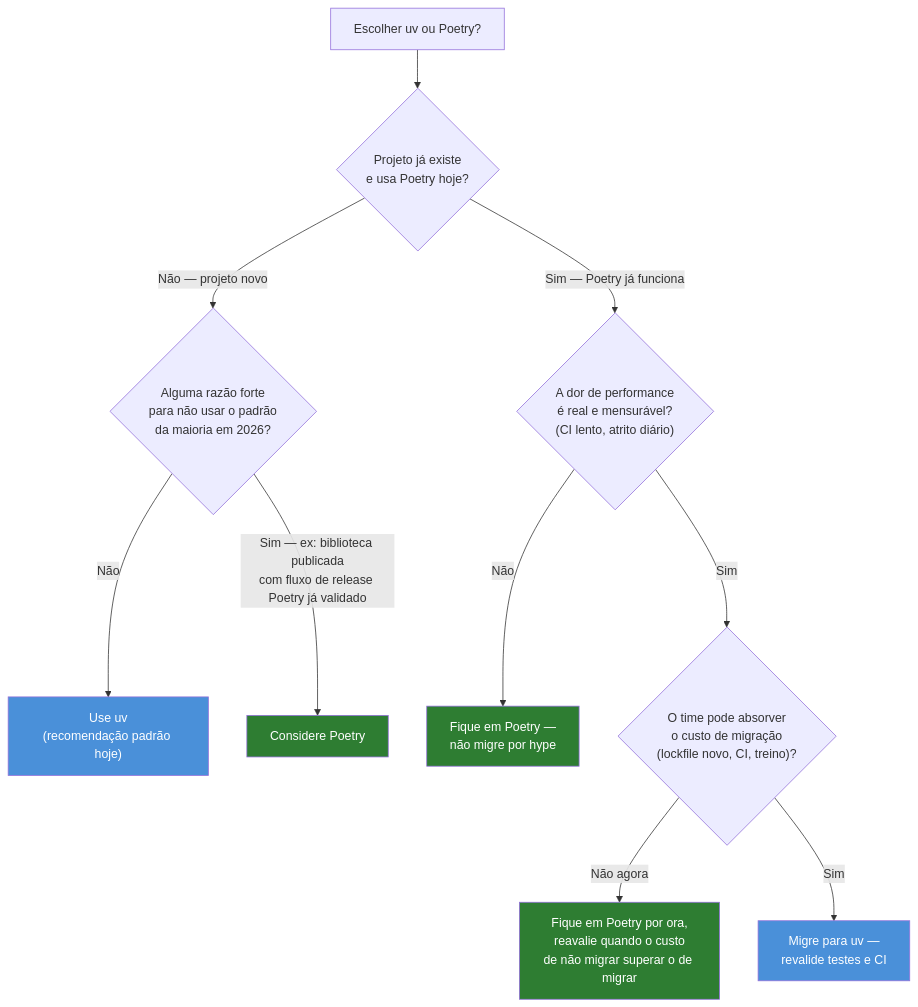
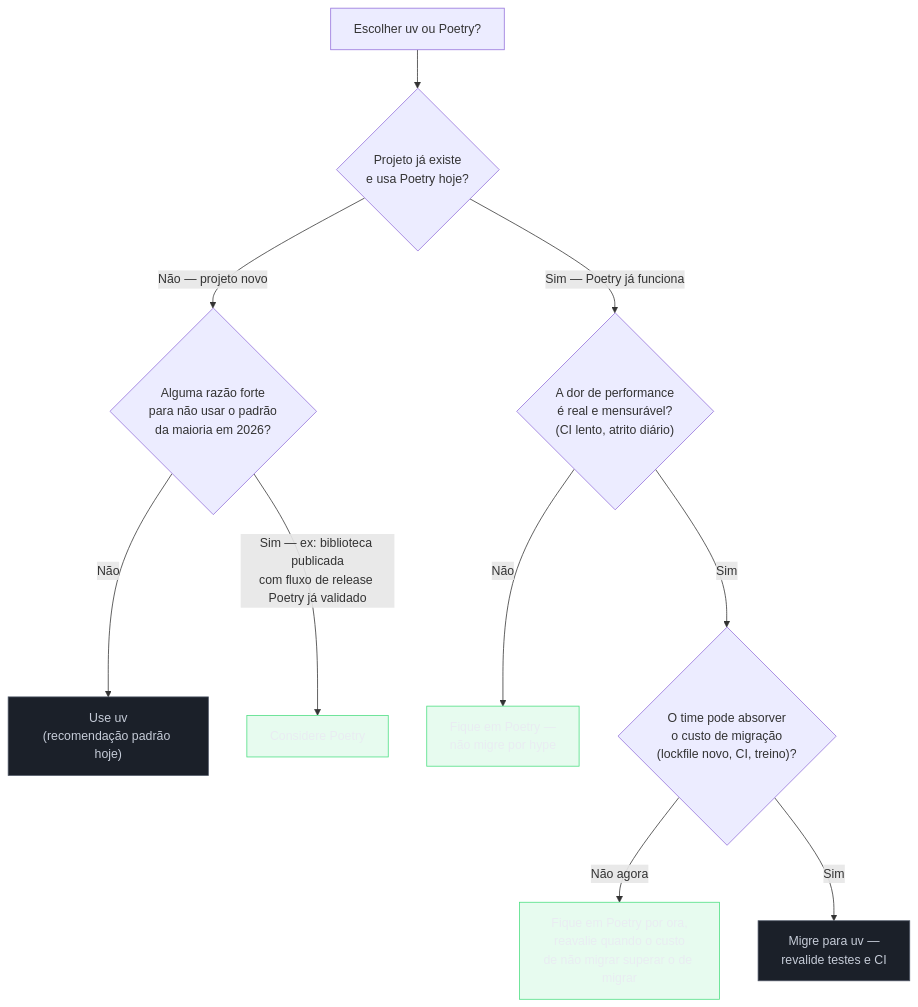
The second of 2 diagrams in 03-Dominios/Tecnologia/Python/Build e tooling/06 - uv vs Poetry — trade-offs honestos.md (josenaldo/codex-technomanticus), drawn with Mermaid before and after one commit. The commit also changed 1181 other files, not shown here.

First line of the commit message:
fix(diagramas): paleta do sistema no lugar de cor cravada no markdown

````diff
--- a/03-Dominios/Tecnologia/Python/Build e tooling/06 - uv vs Poetry — trade-offs honestos.md
+++ b/03-Dominios/Tecnologia/Python/Build e tooling/06 - uv vs Poetry — trade-offs honestos.md
@@ -108,20 +108,22 @@
 ```mermaid
 flowchart TD
+    classDef neutro fill:#1B2029,stroke:#4E5666,color:#C6CCD8
+    classDef ok fill:#4ADE8021,stroke:#4ADE80,color:#E9ECF2
     Start["Escolher uv ou Poetry?"] --> Q1{"Projeto já existe<br/>e usa Poetry hoje?"}
 
     Q1 -->|Não — projeto novo| NewProj{"Alguma razão forte<br/>para não usar o padrão<br/>da maioria em 2026?"}
     NewProj -->|Não| UV1["Use uv<br/>(recomendação padrão hoje)"]
     NewProj -->|"Sim — ex: biblioteca publicada<br/>com fluxo de release Poetry já validado"| Poetry1["Considere Poetry"]
 
     Q1 -->|"Sim — Poetry já funciona"| Q2{"A dor de performance<br/>é real e mensurável?<br/>(CI lento, atrito diário)"}
     Q2 -->|Não| Stay["Fique em Poetry —<br/>não migre por hype"]
     Q2 -->|Sim| Q3{"O time pode absorver<br/>o custo de migração<br/>(lockfile novo, CI, treino)?"}
     Q3 -->|Não agora| StayFor["Fique em Poetry por ora,<br/>reavalie quando o custo<br/>de não migrar superar o de migrar"]
     Q3 -->|Sim| Migrate["Migre para uv —<br/>revalide testes e CI"]
 
-    style UV1 fill:#4A90D9,color:#fff
-    style Migrate fill:#4A90D9,color:#fff
-    style Stay fill:#2E7D32,color:#fff
-    style StayFor fill:#2E7D32,color:#fff
-    style Poetry1 fill:#2E7D32,color:#fff
+    class UV1 neutro
+    class Migrate neutro
+    class Stay ok
+    class StayFor ok
+    class Poetry1 ok
 ```
````
